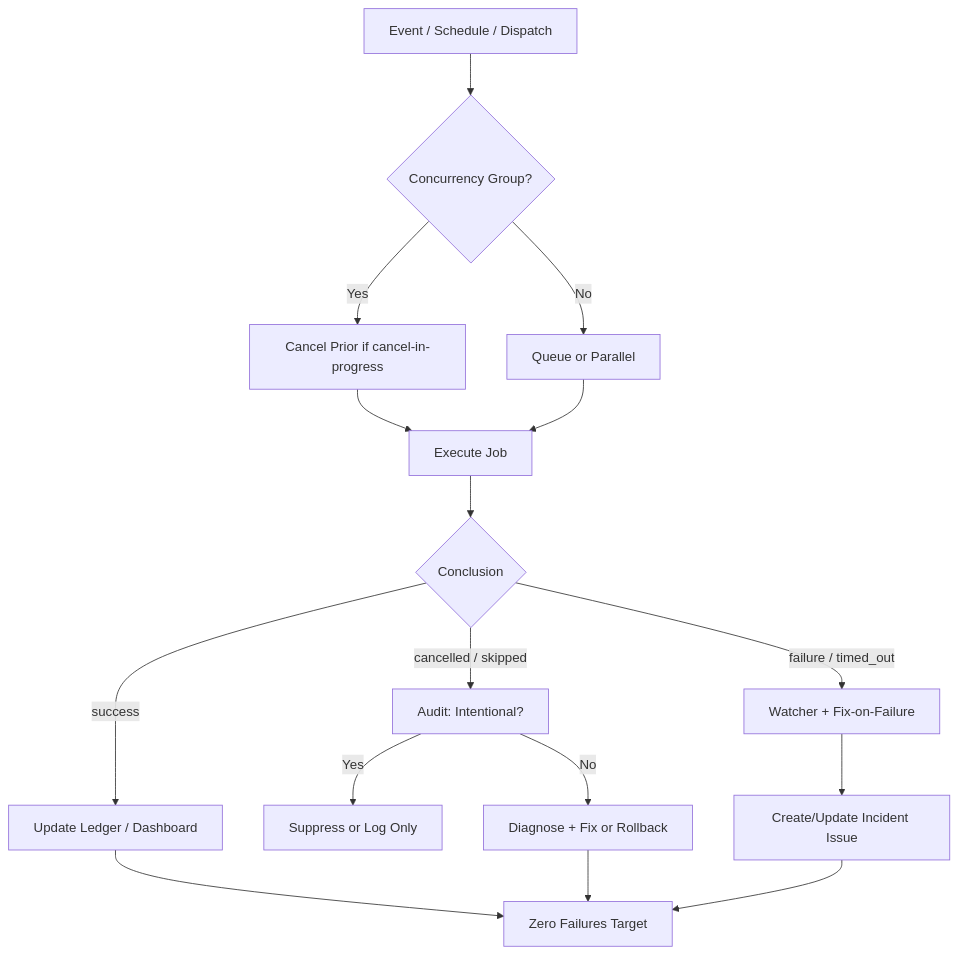
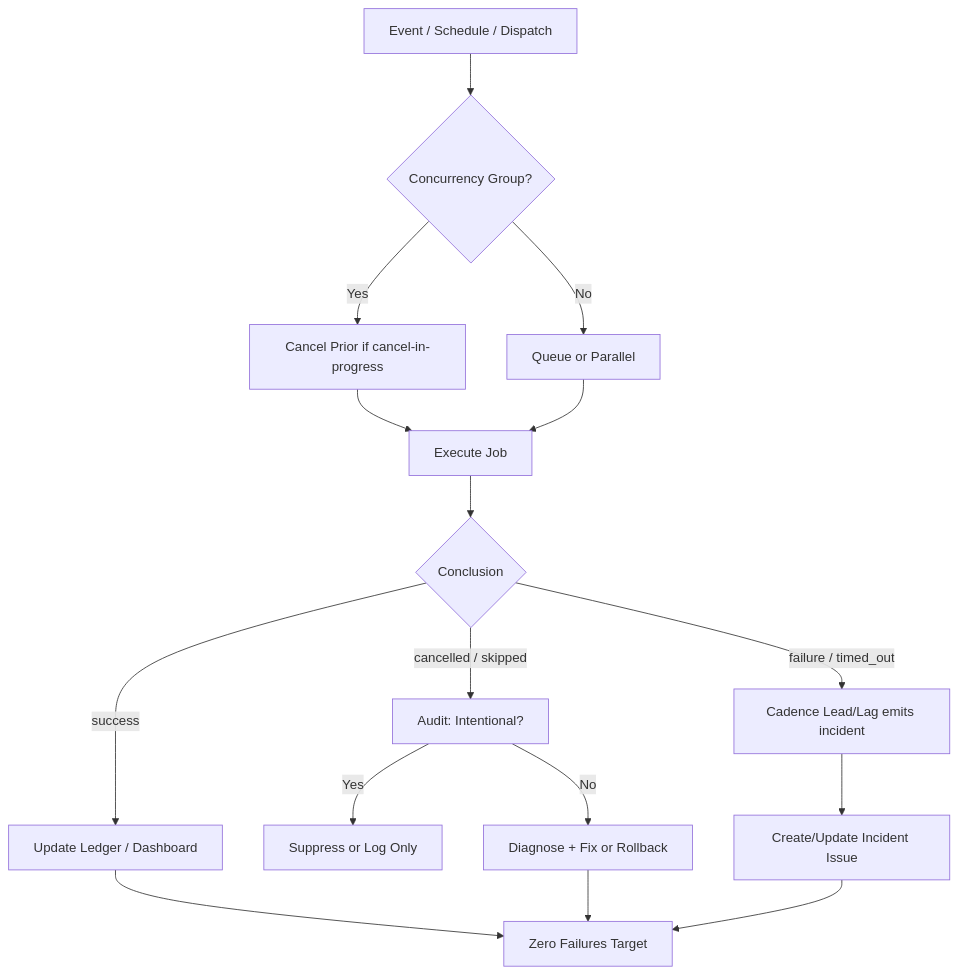
The diagram in docs/ops/ACTIONS-MATRIX.md (timerloggedout-spec/termux-monorepo), drawn with Mermaid before and after one commit. The commit also changed other lines of this file, not shown here.

First line of the commit message:
docs(ops): continuation matrix — residual zero-job classified, watcher dispatch-only confirmed, cadence green on master

````diff
--- a/docs/ops/ACTIONS-MATRIX.md
+++ b/docs/ops/ACTIONS-MATRIX.md
@@ -36,18 +37,18 @@
 ```mermaid
 flowchart TD
     A[Event / Schedule / Dispatch] --> B{Concurrency Group?}
     B -->|Yes| C[Cancel Prior if cancel-in-progress]
     B -->|No| D[Queue or Parallel]
     C --> E[Execute Job]
     D --> E
     E --> F{Conclusion}
     F -->|success| G[Update Ledger / Dashboard]
-    F -->|failure / timed_out| H[Watcher + Fix-on-Failure]
+    F -->|failure / timed_out| H[Cadence Lead/Lag emits incident]
     F -->|cancelled / skipped| I[Audit: Intentional?]
     I -->|Yes| J[Suppress or Log Only]
     I -->|No| K[Diagnose + Fix or Rollback]
     H --> L[Create/Update Incident Issue]
     G --> M[Zero Failures Target]
     K --> M
     L --> M
 ```
````
